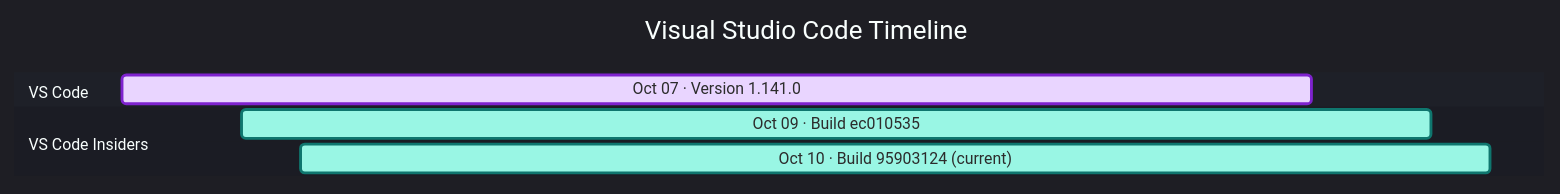
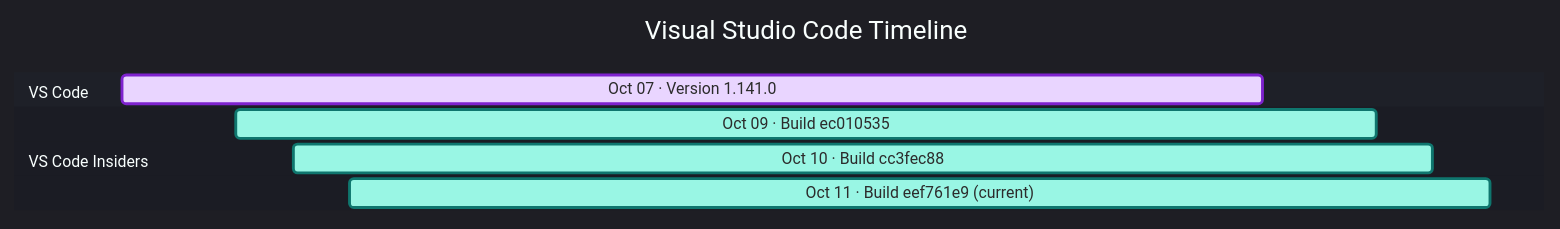
Before and after one commit to Oxelya-DevTools/VisualStudioUpdate: the diagram in docs/vscode.md, drawn with Mermaid. The commit also changed other lines of this file and 1 other file, not shown here.

````diff
--- a/docs/vscode.md
+++ b/docs/vscode.md
@@ -9,13 +9,14 @@
 ```mermaid
 %%{init: {'theme':'dark','themeVariables': { 'fontFamily': 'Segoe UI', 'fontSize': '24px', 'textColor': '#F3F4F6', 'titleTextColor': '#FFFFFF', 'taskTextColor': '#111827', 'taskTextLightColor': '#111827', 'taskTextOutsideColor': '#F3F4F6', 'taskBkgColor': '#BAE6FD', 'taskBorderColor': '#0369A1', 'doneTaskBkgColor': '#E9D5FF', 'doneTaskBorderColor': '#7E22CE', 'activeTaskBkgColor': '#99F6E4', 'activeTaskBorderColor': '#0F766E', 'critTaskBkgColor': '#FED7AA', 'critTaskBorderColor': '#C2410C', 'sectionBkgColor': '#1F2937', 'altSectionBkgColor': '#111827', 'gridColor': '#4B5563', 'todayLineColor': '#F87171' }}}%%
 gantt
     title Visual Studio Code Timeline
     dateFormat  YYYY-MM-DD
     axisFormat  %b
     tickInterval 1month
     section VS Code
     Oct 07 · Version 1.141.0 : done, vscode202610070, 2026-10-07, 20d
     section VS Code Insiders
     Oct 09 · Build ec010535 : active, vscodeinsiders202610090, 2026-10-09, 20d
-    Oct 10 · Build 95903124 (current) : active, vscodeinsiders202610101, 2026-10-10, 20d
+    Oct 10 · Build cc3fec88 : active, vscodeinsiders202610101, 2026-10-10, 20d
+    Oct 11 · Build eef761e9 (current) : active, vscodeinsiders202610112, 2026-10-11, 20d
 ```
````
